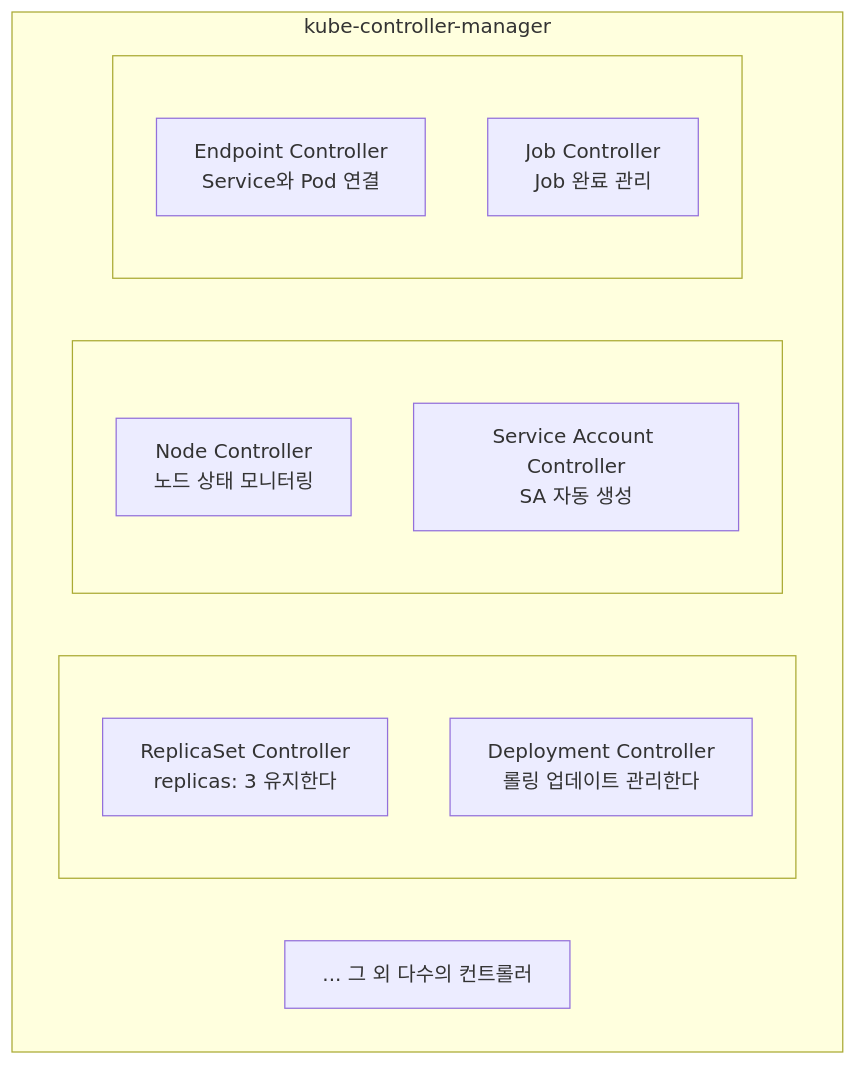
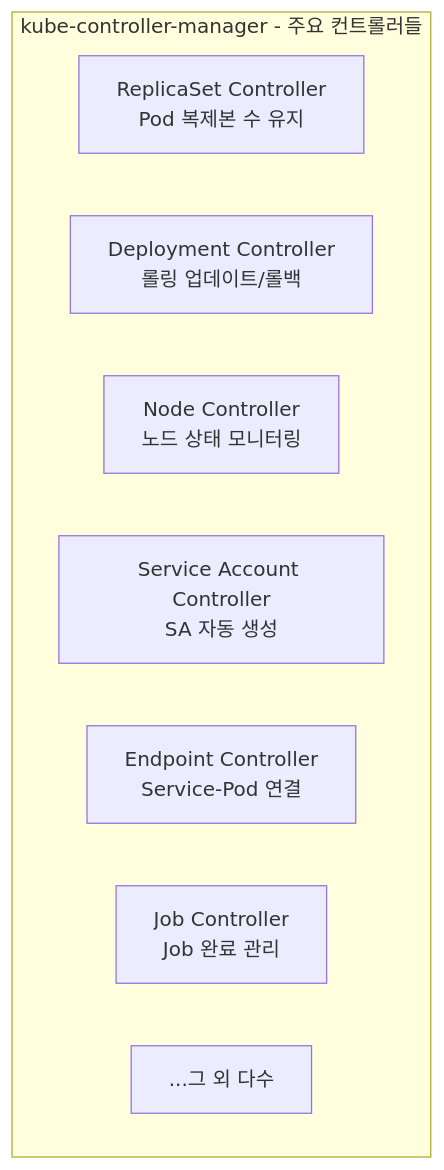
The seventh of 16 diagrams in _posts/2025-12-23-kubernetes-02-architecture.md (K-Diger/k-diger.github.io), drawn with Mermaid before and after one commit. The commit also changed other lines of this file and 13 other files, not shown here.

````diff
--- a/_posts/2025-12-23-kubernetes-02-architecture.md
+++ b/_posts/2025-12-23-kubernetes-02-architecture.md
@@ -242,18 +235,12 @@
 ```mermaid
 flowchart TB
-    subgraph CM["kube-controller-manager"]
-        subgraph Row1[" "]
-            RS["ReplicaSet Controller<br/>replicas: 3 유지한다"]
-            DC["Deployment Controller<br/>롤링 업데이트 관리한다"]
-        end
-        subgraph Row2[" "]
-            NC["Node Controller<br/>노드 상태 모니터링"]
-            SAC["Service Account Controller<br/>SA 자동 생성"]
-        end
-        subgraph Row3[" "]
-            EC["Endpoint Controller<br/>Service와 Pod 연결"]
-            JC["Job Controller<br/>Job 완료 관리"]
-        end
-        More["... 그 외 다수의 컨트롤러"]
+    subgraph CM["kube-controller-manager - 주요 컨트롤러들"]
+        RS["ReplicaSet Controller<br/>Pod 복제본 수 유지"]
+        DC["Deployment Controller<br/>롤링 업데이트/롤백"]
+        NC["Node Controller<br/>노드 상태 모니터링"]
+        SAC["Service Account Controller<br/>SA 자동 생성"]
+        EC["Endpoint Controller<br/>Service-Pod 연결"]
+        JC["Job Controller<br/>Job 완료 관리"]
+        More["...그 외 다수"]
     end
 ```
````
